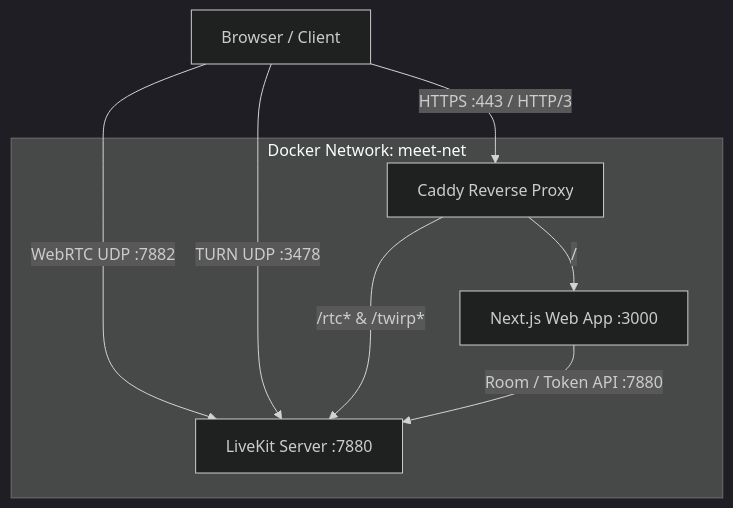
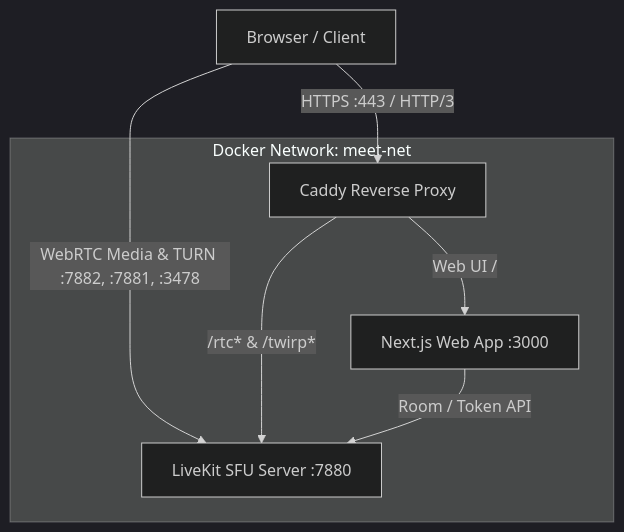
The diagram in README.md (mikhailde/livekit-meet-docker), drawn with Mermaid (dark theme) before and after one commit. The commit also changed other lines of this file, not shown here.

````diff
--- a/README.md
+++ b/README.md
@@ -170,12 +139,15 @@
 ```mermaid
 graph TD
-    Client[Browser / Client] -->|HTTPS :443 / HTTP/3| Caddy[Caddy Reverse Proxy]
-    Client -->|WebRTC UDP :7882| LiveKit[LiveKit SFU Server]
-    Client -->|TURN UDP :3478| LiveKit
+    Client[Browser / Client] -->|HTTPS :443 / HTTP/3| Caddy
+    Client -->|WebRTC Media & TURN :7882, :7881, :3478| LiveKit
 
     subgraph Docker Network: meet-net
-        Caddy -->|/ | Meet[Next.js Web App :3000]
-        Caddy -->|/rtc* & /twirp* | LiveKit[LiveKit Server :7880]
-        Meet -->|Room / Token API :7880 | LiveKit
+        Caddy[Caddy Reverse Proxy]
+        Meet[Next.js Web App :3000]
+        LiveKit[LiveKit SFU Server :7880]
+
+        Caddy -->|Web UI /| Meet
+        Caddy -->|/rtc* & /twirp*| LiveKit
+        Meet -->|Room / Token API| LiveKit
     end
 ```
````
